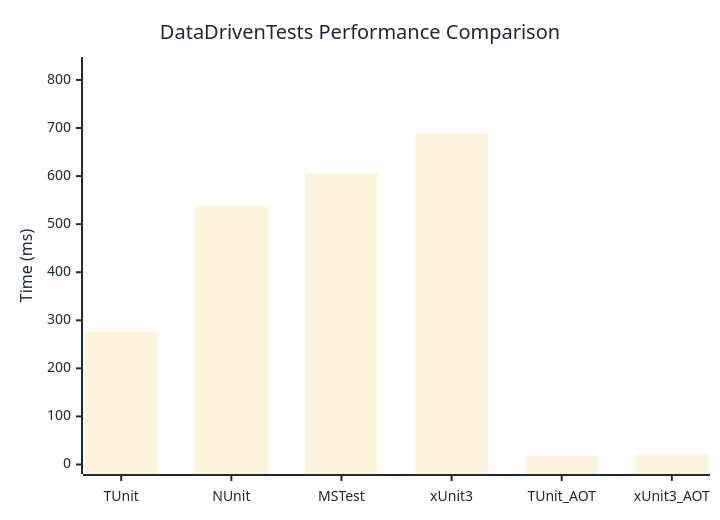
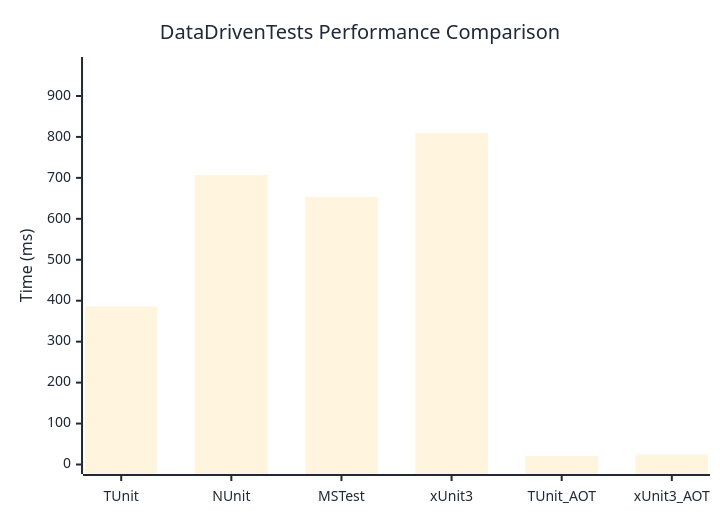
Before and after one commit to thomhurst/TUnit: the diagram in docs/docs/benchmarks/engine/DataDrivenTests.md, drawn with Mermaid. The commit also changed other lines of this file and 17 other files, not shown here.

````diff
--- a/docs/docs/benchmarks/engine/DataDrivenTests.md
+++ b/docs/docs/benchmarks/engine/DataDrivenTests.md
@@ -30,37 +30,37 @@
 ```mermaid
 %%{init: {
   'theme':'base',
   'themeVariables': {
     'primaryColor': '#2563eb',
     'primaryTextColor': '#1f2937',
     'primaryBorderColor': '#1e40af',
     'lineColor': '#6b7280',
     'secondaryColor': '#7c3aed',
     'tertiaryColor': '#dc2626',
     'background': '#ffffff',
     'mainBkg': '#2563eb',
     'secondBkg': '#7c3aed',
     'tertiaryBkg': '#dc2626',
     'clusterBkg': '#f3f4f6',
     'edgeLabelBackground': '#ffffff',
     'tertiaryTextColor': '#1f2937',
     'pie1': '#2563eb',
     'pie2': '#7c3aed',
     'pie3': '#dc2626',
     'pie4': '#f59e0b',
     'pie5': '#10b981',
     'pie6': '#06b6d4',
     'pie7': '#ec4899',
     'pie8': '#6366f1',
     'pie9': '#84cc16',
     'pie10': '#f97316',
     'pie11': '#14b8a6',
     'pie12': '#a855f7'
   }
 }}%%
 xychart-beta
   title "DataDrivenTests Performance Comparison"
   x-axis ["TUnit", "NUnit", "MSTest", "xUnit3", "TUnit_AOT", "xUnit3_AOT"]
-  y-axis "Time (ms)" 0 --> 828
-  bar [276.95, 538.91, 606.38, 689.46, 17.99, 21.38]
+  y-axis "Time (ms)" 0 --> 972
+  bar [385.93, 707.18, 653.38, 809.83, 20.71, 24.31]
 ```
````
